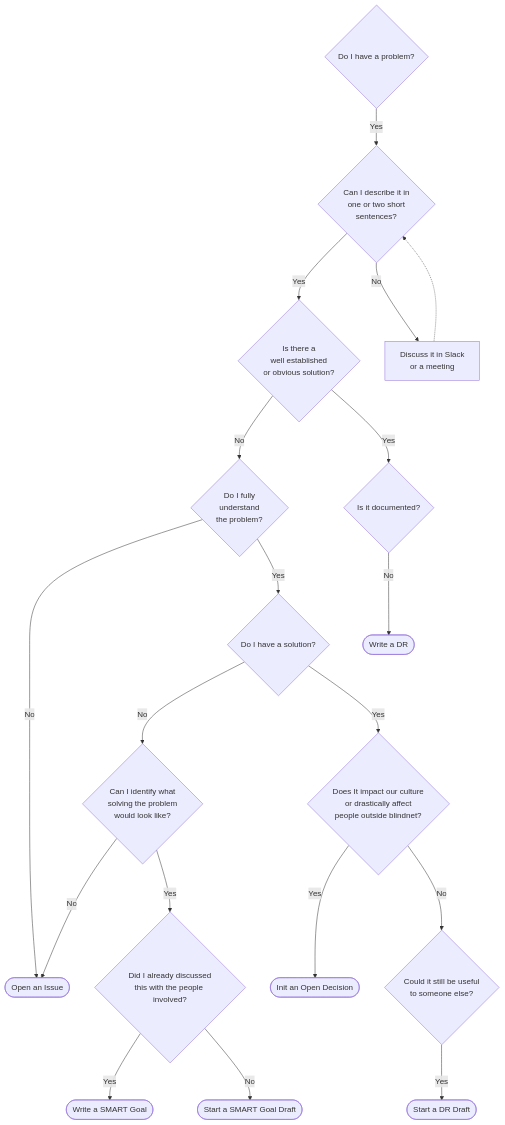
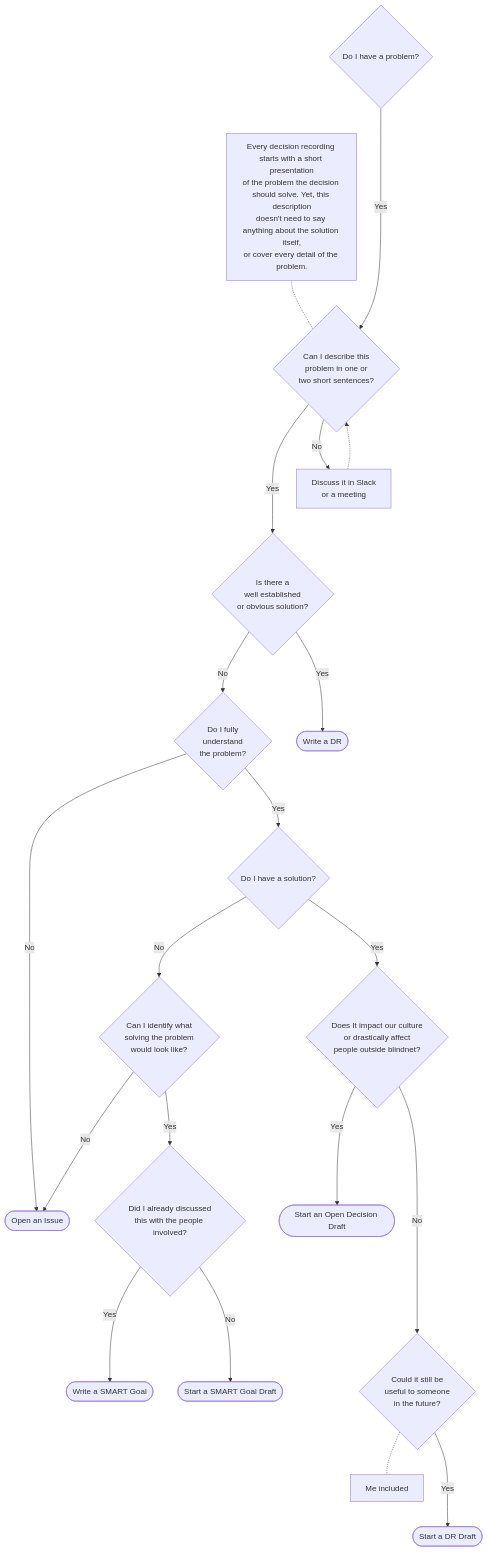
Before and after one commit to blindnet-io/openness-framework: the diagram in Decisions/README.md, drawn with Mermaid.

Commit message:
fix(Decisions): improve flowchart
reorganise elements for better readability, and update to avoid
misunderstandings

````diff
--- a/Decisions/README.md
+++ b/Decisions/README.md
@@ -51,38 +51,46 @@
 ```mermaid
 flowchart
   Prblm{Do I have a problem?}
-  Desc{Can I describe it in<br>one or two short<br>sentences?}
+  Desc{Can I describe this<br>problem in one or<br>two short sentences?}
   Blessed{Is there a<br>well established<br>or obvious solution?}
-  Doc{Is it documented?}
+  Prblm -- Yes ---> Desc -- Yes ---> Blessed
+  Desc -- No --> IM -.-> Desc
+
+  NoteDesc[Every decision recording starts with a short presentation<br>of the problem the decision should solve. Yet, this description<br>doesn't need to say anything about the solution itself,<br>or cover every detail of the problem.]
+  NoteDesc -.- Desc
+
   Understand{Do I fully<br>understand<br>the problem?}
+  Blessed -- No --> Understand
+  Blessed -- Yes --> DR
+  Understand -- No --> Issue
+
   Solution{Do I have a solution?}
+  Understand -- Yes --> Solution
+
+  GoalSet{Can I identify what<br>solving the problem<br>would look like?}
+  Solution -- No --> GoalSet
+  GoalSet -- No --> Issue
+  GoalSet -- Yes --> Discuss
+
   Culture{Does It impact our culture<br>or drastically affect<br>people outside blindnet?}
-  GoalSet{Can I identify what<br>solving the problem<br>would look like?}
-  Discuss{Did I already discussed<br>this with the people involved?}
-  Impact{Could it still be useful<br>to someone else?}
-
-  Prblm -- Yes --> Desc -- Yes --> Blessed
-  Desc -- No --> IM -.-> Desc
-  Blessed -- No --> Understand
-  Blessed -- Yes --> Doc
-  Doc -- No --> DR
-  Understand -- No --> Issue
-  Understand -- Yes --> Solution
-  Solution -- No --> GoalSet
   Solution -- Yes --> Culture
   Culture -- Yes --> OD
-  Culture -- No --> Impact
-  Impact -- Yes --> DRDraft
-  GoalSet -- No --> Issue
-  GoalSet -- Yes --> Discuss
+
+  Impact{Could it still be<br>useful to someone<br>in the future?}
+  NoteImpact[Me included]
+  Impact -.- NoteImpact
+  Culture -- No ---> Impact
+  Impact -- Yes ---> DRDraft
+
+  Discuss{Did I already discussed<br>this with the people involved?}
   Discuss -- Yes --> Goal
   Discuss -- No --> GoalDraft
 
   DR([Write a DR])
   DRDraft([Start a DR Draft])
-  OD([Init an Open Decision])
+  OD([Start an Open Decision Draft])
   Goal([Write a SMART Goal])
   GoalDraft([Start a SMART Goal Draft])
   Issue([Open an Issue])
   IM[Discuss it in Slack <br>or a meeting]
 ```
````
